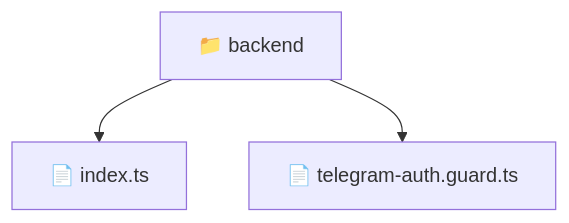
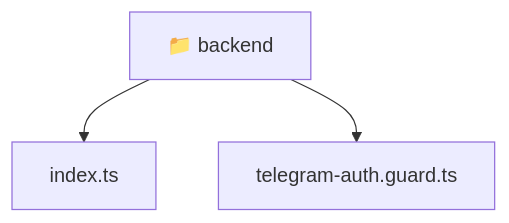
One commit to beginwebdev2002/fullstack-mavluda changed the diagram in frontend/src/backend/README.md. Above: the diagram before and after it, drawn with Mermaid. The commit also changed other lines of this file and 167 other files, not shown here.

````diff
--- a/frontend/src/backend/README.md
+++ b/frontend/src/backend/README.md
@@ -9,6 +9,8 @@
 ```mermaid
 graph TD
-  Root["📁 backend"]
-  Root --> index_ts["📄 index.ts"]
-  Root --> telegram_auth_guard_ts["📄 telegram-auth.guard.ts"]
+  Root_backend["📁 backend"]
+  f_index_ts["index.ts"]
+  Root_backend --> f_index_ts
+  f_telegram_auth_guard_ts["telegram-auth.guard.ts"]
+  Root_backend --> f_telegram_auth_guard_ts
 ```
````
